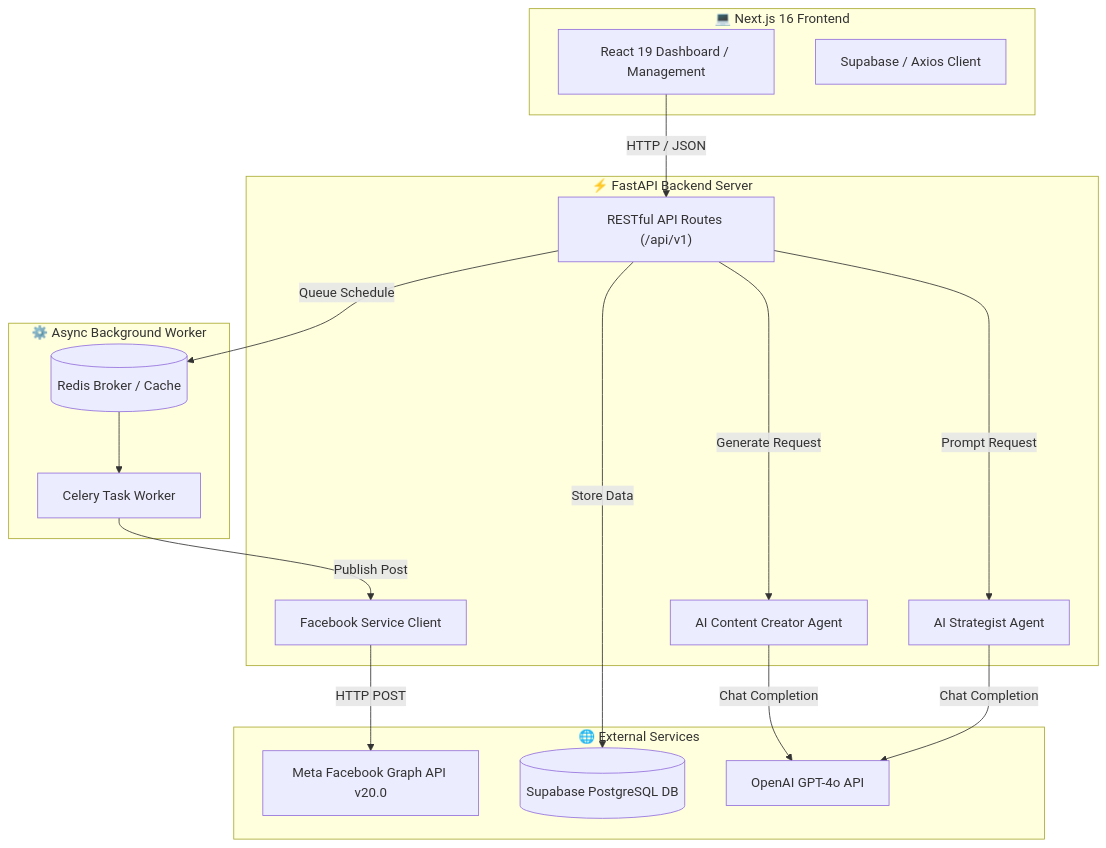
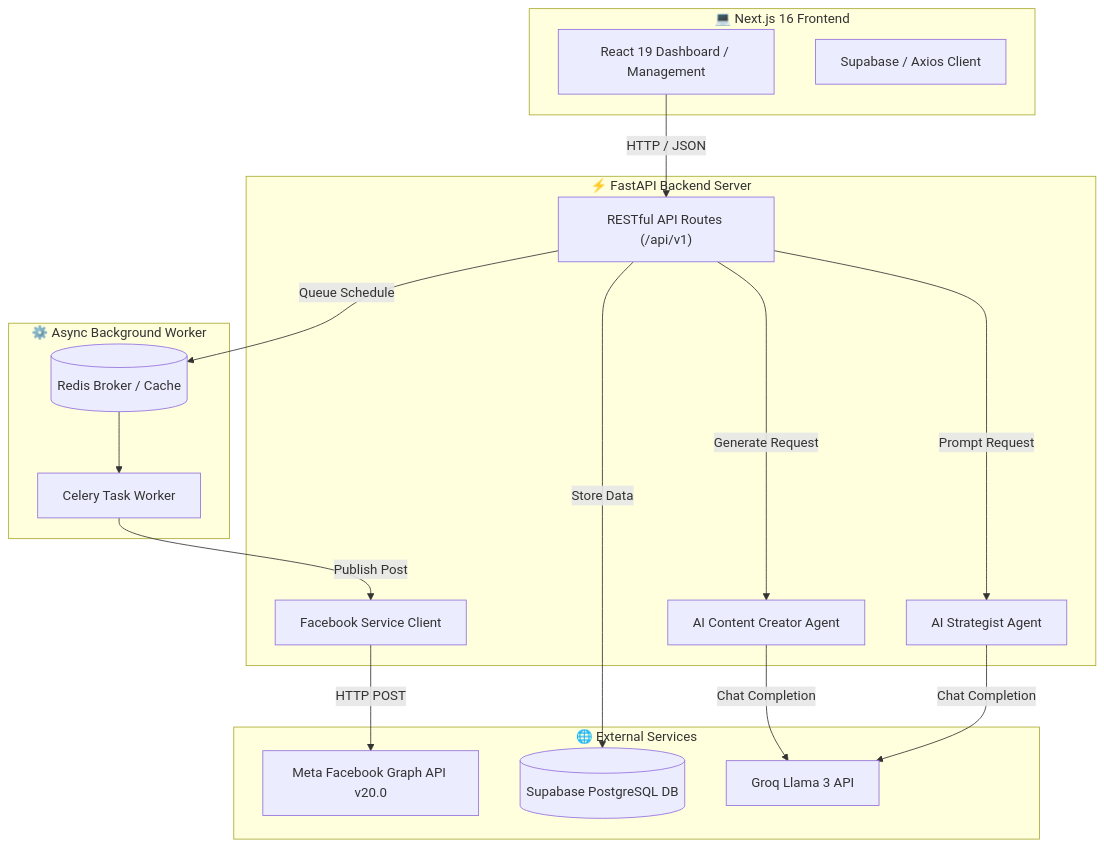
Before and after one commit to nhotungdo/Facebook-Auto-Post: the diagram in README.md, drawn with Mermaid. The commit also changed other lines of this file and 53 other files, not shown here.

````diff
--- a/README.md
+++ b/README.md
@@ -82,35 +82,35 @@
 ```mermaid
 flowchart TD
     subgraph Frontend ["💻 Next.js 16 Frontend"]
         UI["React 19 Dashboard / Management"]
         Client["Supabase / Axios Client"]
     end
 
     subgraph Backend ["⚡ FastAPI Backend Server"]
         API["RESTful API Routes (/api/v1)"]
         Strategist["AI Strategist Agent"]
         Creator["AI Content Creator Agent"]
         FBService["Facebook Service Client"]
     end
 
     subgraph AsyncWorker ["⚙️ Async Background Worker"]
         Celery["Celery Task Worker"]
         Redis[("Redis Broker / Cache")]
     end
 
     subgraph External ["🌐 External Services"]
-        OpenAI["OpenAI GPT-4o API"]
+        Groq["Groq Llama 3 API"]
         GraphAPI["Meta Facebook Graph API v20.0"]
         Supabase[("Supabase PostgreSQL DB")]
     end
 
     UI -->|HTTP / JSON| API
     API -->|Prompt Request| Strategist
     API -->|Generate Request| Creator
-    Strategist & Creator -->|Chat Completion| OpenAI
+    Strategist & Creator -->|Chat Completion| Groq
     API -->|Store Data| Supabase
     API -->|Queue Schedule| Redis
     Redis --> Celery
     Celery -->|Publish Post| FBService
     FBService -->|HTTP POST| GraphAPI
 ```
````
